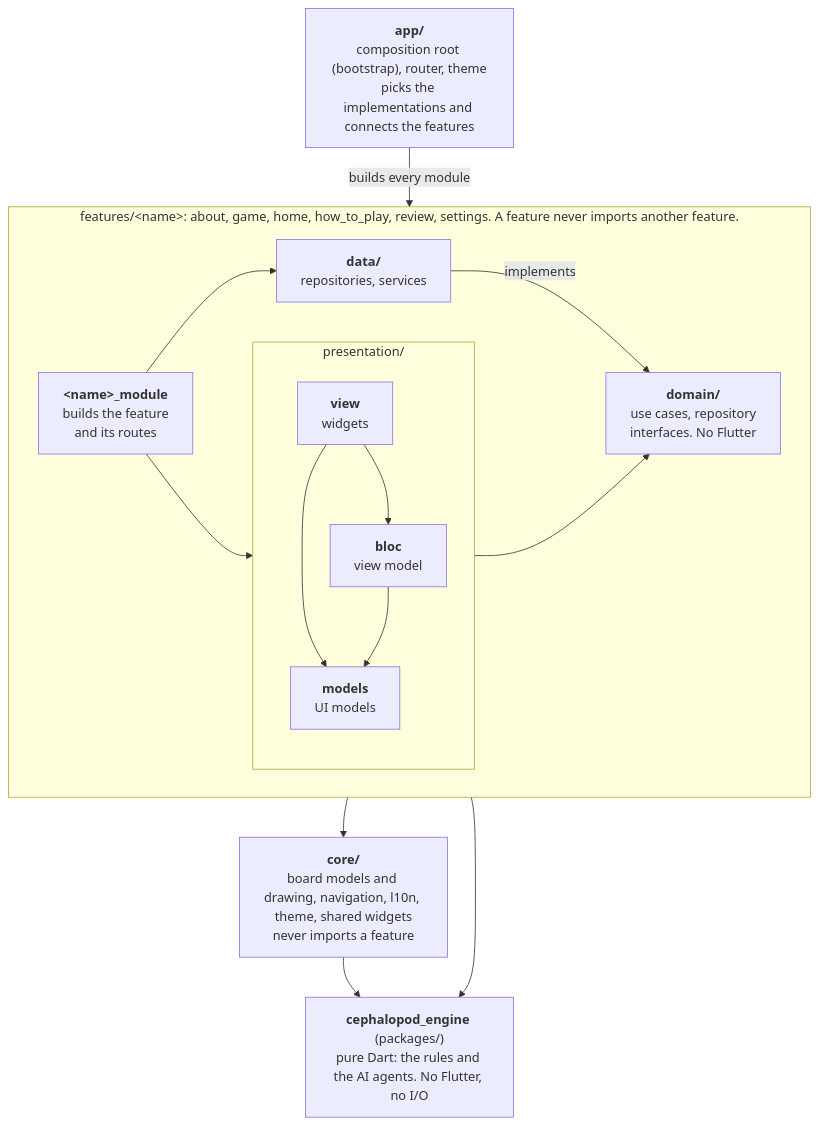
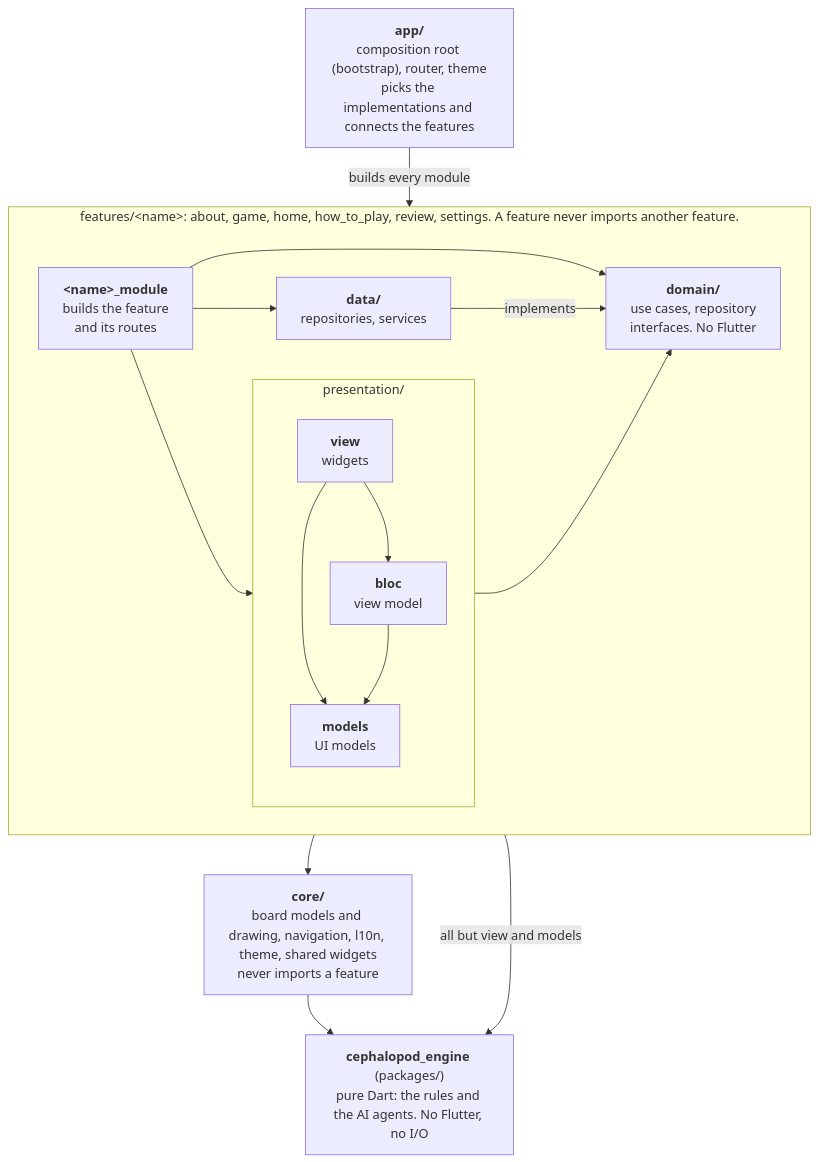
Before and after one commit to siempredelao/Cephalopod-Flutter: the diagram in README.md, drawn with Mermaid. The commit also changed other lines of this file and 1 other file, not shown here.

First line of the commit message:
docs: fix the stale parts of architecture.md and the diagram's arrows

````diff
--- a/README.md
+++ b/README.md
@@ -39,32 +39,33 @@
 ```mermaid
 flowchart TB
     boot["<b>app/</b><br>composition root (bootstrap), router, theme<br>picks the implementations and connects the features"]
 
     subgraph feature["features/&lt;name&gt;: about, game, home, how_to_play, review, settings. A feature never imports another feature."]
         direction LR
         module["<b>&lt;name&gt;_module</b><br>builds the feature<br>and its routes"]
         subgraph presentation["presentation/"]
             direction TB
             view["<b>view</b><br>widgets"]
             bloc["<b>bloc</b><br>view model"]
             models["<b>models</b><br>UI models"]
             view --> bloc
             view --> models
             bloc --> models
         end
         domain["<b>domain/</b><br>use cases, repository<br>interfaces. No Flutter"]
         data["<b>data/</b><br>repositories, services"]
         module --> presentation
         module --> data
+        module --> domain
         bloc --> domain
         data -->|implements| domain
     end
 
     core["<b>core/</b><br>board models and drawing, navigation, l10n, theme, shared widgets<br>never imports a feature"]
     engine["<b>cephalopod_engine</b> (packages/)<br>pure Dart: the rules and the AI agents. No Flutter, no I/O"]
 
     boot -->|builds every module| feature
     feature --> core
-    feature --> engine
+    feature -->|"all but view and models"| engine
     core --> engine
 ```
````
